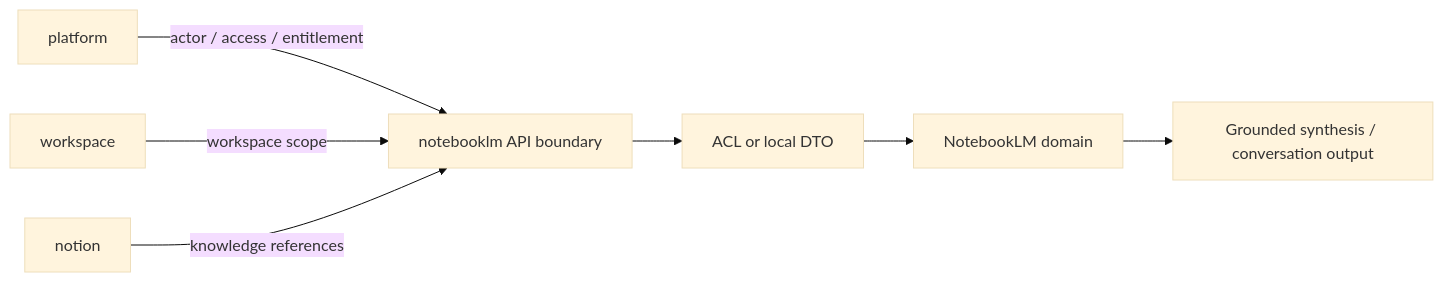
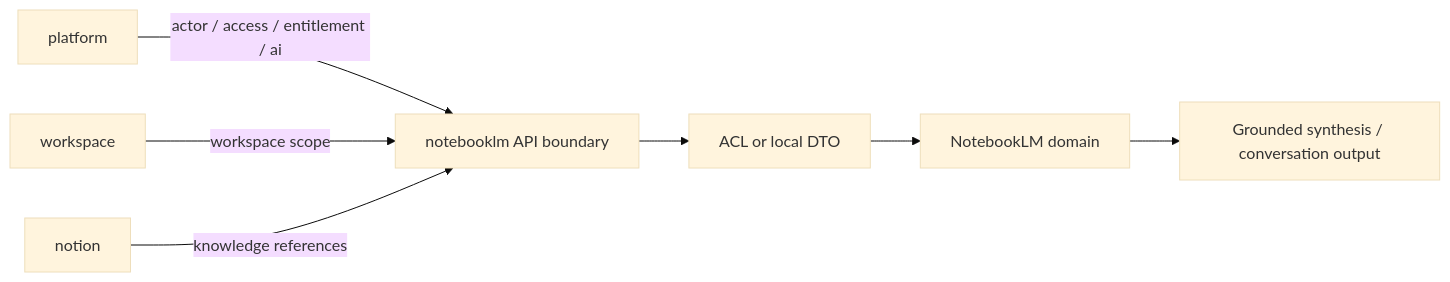
Before and after one commit to 122sp7/xuanwu-app: the second of 2 diagrams in docs/contexts/notebooklm/context-map.md, drawn with Mermaid (base theme). The commit also changed other lines of this file and 9 other files, not shown here.

````diff
--- a/docs/contexts/notebooklm/context-map.md
+++ b/docs/contexts/notebooklm/context-map.md
@@ -54,9 +55,9 @@
 ```mermaid
 flowchart LR
-	Platform["platform"] -->|actor / access / entitlement| Boundary["notebooklm API boundary"]
+	Platform["platform"] -->|actor / access / entitlement / ai| Boundary["notebooklm API boundary"]
 	Workspace["workspace"] -->|workspace scope| Boundary
 	Notion["notion"] -->|knowledge references| Boundary
 	Boundary --> ACL["ACL or local DTO"]
 	ACL --> Domain["NotebookLM domain"]
 	Domain --> Result["Grounded synthesis / conversation output"]
 ```
````
